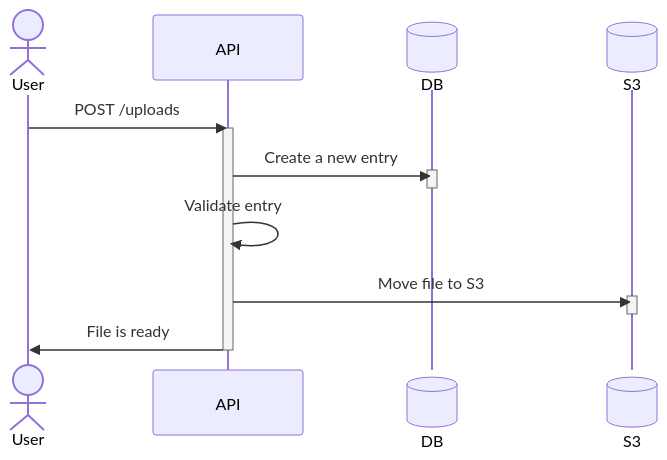
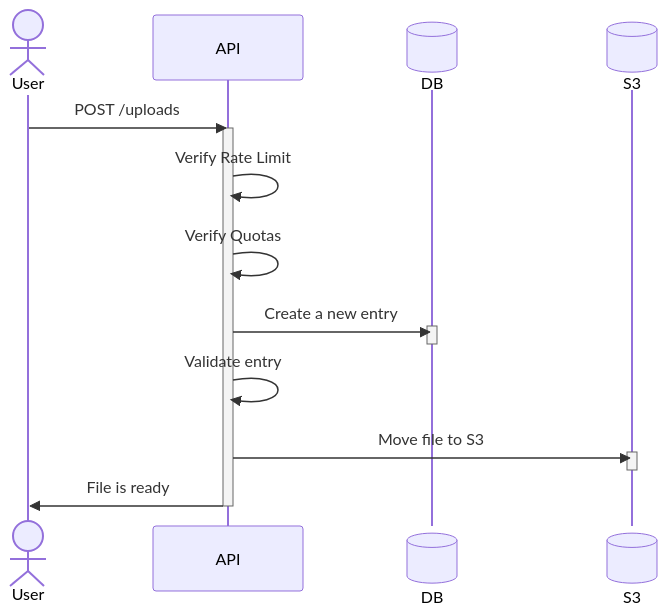
Before and after one commit to Raiders-io/Transcendence: the first of 2 diagrams in ObjectStorage/Arch/arch.md, drawn with Mermaid. The commit also changed other lines of this file and 8 other files, not shown here.

````diff
--- a/ObjectStorage/Arch/arch.md
+++ b/ObjectStorage/Arch/arch.md
@@ -13,18 +13,20 @@
 ```mermaid
 sequenceDiagram
     actor User
     participant API_object as API
     participant DB@{ "type" : "database" }
     participant S3@{ "type" : "database" }
     User->>API_object: POST /uploads
     activate API_object
+    API_object->>API_object: Verify Rate Limit
+    API_object->>API_object: Verify Quotas
     API_object->>DB: Create a new entry
     activate DB
     deactivate DB
     API_object->>API_object: Validate entry
     API_object->>S3: Move file to S3
     activate S3
     deactivate S3
     API_object->>User: File is ready
     deactivate API_object
 ```
````
